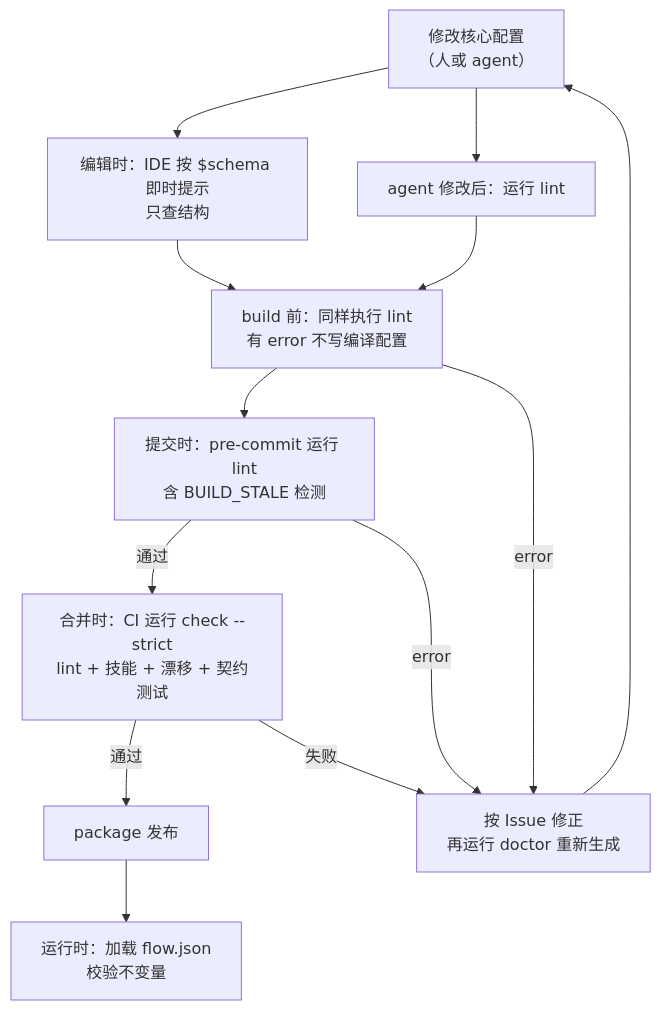
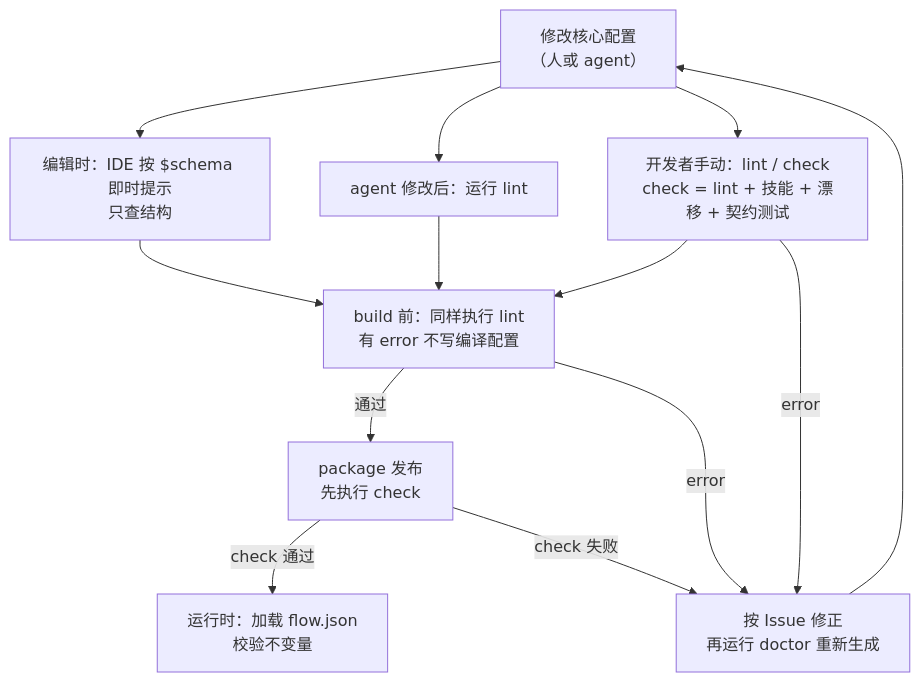
One commit to seikou00/autobizdevops_plugin_creator changed the fifth of 11 diagrams in docs/diagrams.md. Above: the diagram before and after it, drawn with Mermaid. The commit also changed other lines of this file and 81 other files, not shown here.

````diff
--- a/docs/diagrams.md
+++ b/docs/diagrams.md
@@ -200,23 +200,20 @@
 ```mermaid
 flowchart TB
   EDIT["修改核心配置<br/>（人或 agent）"]
   IDE["编辑时：IDE 按 $schema 即时提示<br/>只查结构"]
   AG["agent 修改后：运行 lint"]
+  MAN["开发者手动：lint / check<br/>check = lint + 技能 + 漂移 + 契约测试"]
   BLD["build 前：同样执行 lint<br/>有 error 不写编译配置"]
-  HOOK["提交时：pre-commit 运行 lint<br/>含 BUILD_STALE 检测"]
-  CI["合并时：CI 运行 check --strict<br/>lint + 技能 + 漂移 + 契约测试"]
-  PKG["package 发布"]
+  PKG["package 发布<br/>先执行 check"]
   RUN["运行时：加载 flow.json<br/>校验不变量"]
   FIX["按 Issue 修正<br/>再运行 doctor 重新生成"]
 
-  EDIT --> IDE & AG
-  IDE & AG --> BLD
-  BLD --> HOOK
-  HOOK -->|"通过"| CI
-  CI -->|"通过"| PKG
-  PKG --> RUN
+  EDIT --> IDE & AG & MAN
+  IDE & AG & MAN --> BLD
+  BLD -->|"通过"| PKG
+  PKG -->|"check 通过"| RUN
+  MAN -->|"error"| FIX
   BLD -->|"error"| FIX
-  HOOK -->|"error"| FIX
-  CI -->|"失败"| FIX
+  PKG -->|"check 失败"| FIX
   FIX --> EDIT
 ```
````
